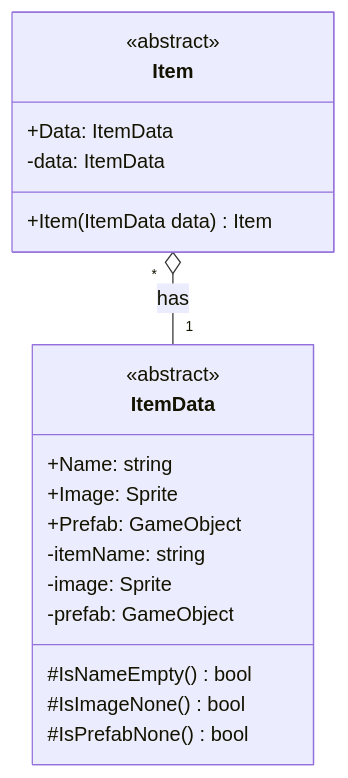
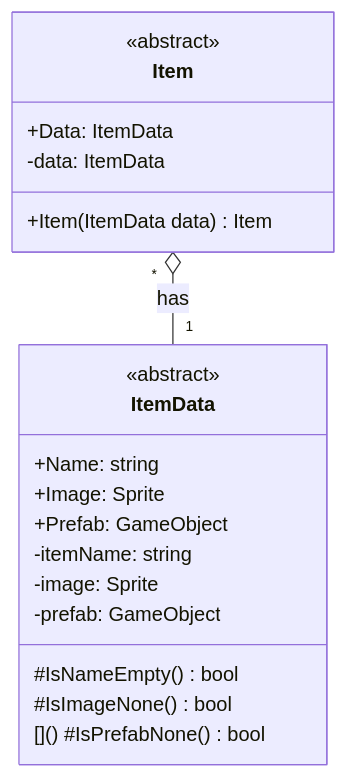
The diagram in docs/기능명세서/아이템/Item.md (10-team-project/docs), drawn with Mermaid before and after one commit. The commit also changed 1 other file, not shown here.

Commit message:
ItemRecipeData

````diff
--- a/docs/기능명세서/아이템/Item.md
+++ b/docs/기능명세서/아이템/Item.md
@@ -27,26 +27,26 @@
 ```mermaid
 classDiagram
 	class Item {
 	<<abstract>>
 		+Data: ItemData
 		-data: ItemData
 		+Item(ItemData data) Item
 	}
 
 	class ItemData {
 		<<abstract>>
 		+Name: string
 		+Image: Sprite
 		+Prefab: GameObject
 		
 		-itemName: string
 		-image: Sprite
 		-prefab: GameObject	
 
 		#IsNameEmpty() bool
 		#IsImageNone() bool
-		#IsPrefabNone() bool
+[]()		#IsPrefabNone() bool
 	}
 
 	Item "*" o-- "1" ItemData	: has
 ```
````
